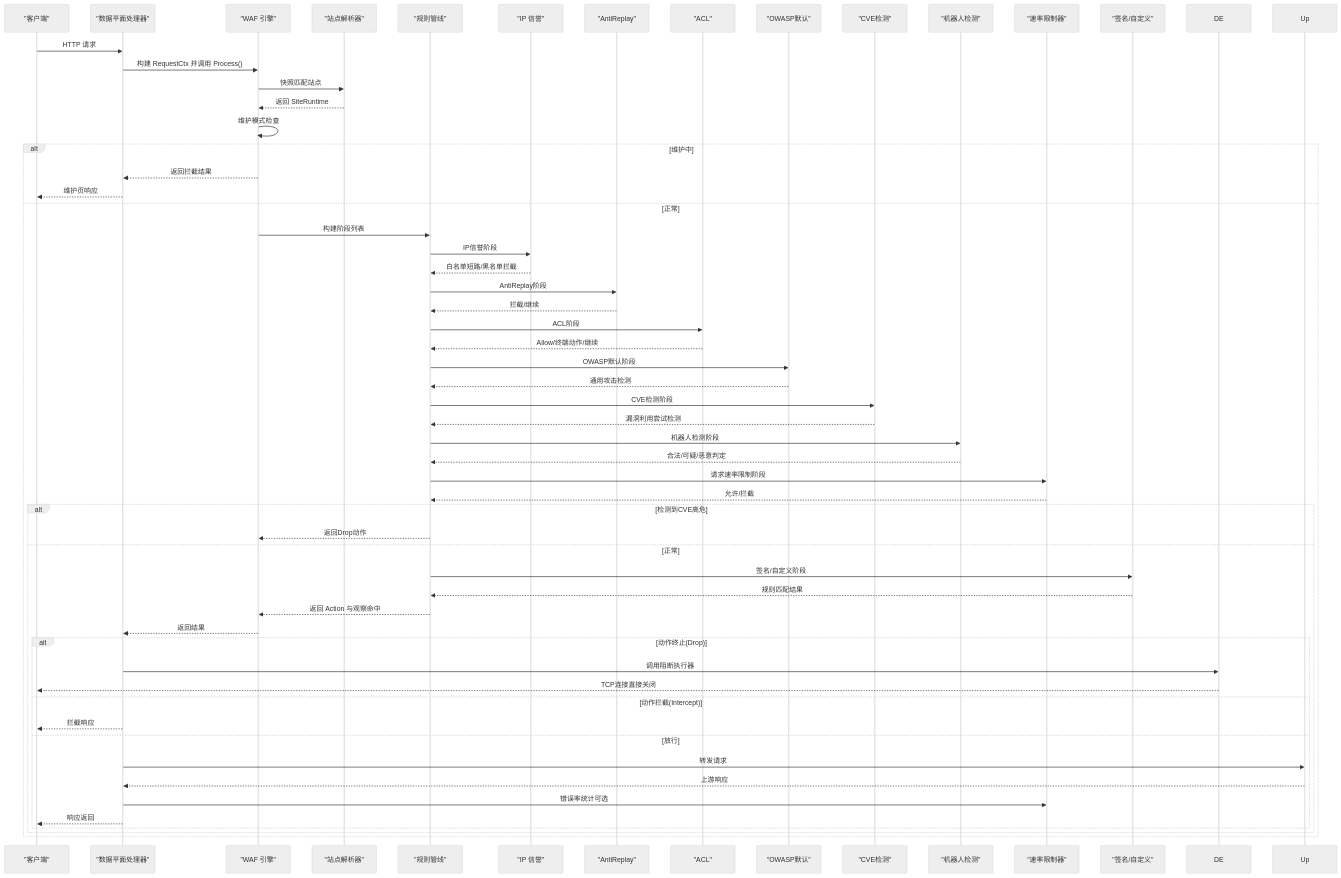
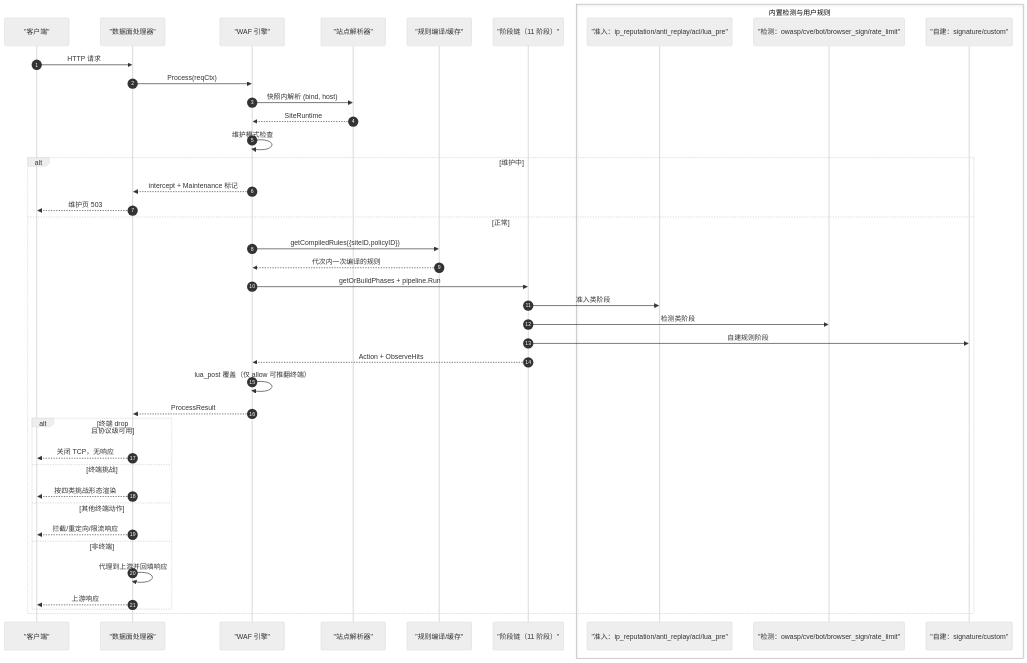
Before and after one commit to x01n/My-OpenWaf: the second of 6 diagrams in docs/WAF 引擎系统/WAF 引擎系统.md, drawn with Mermaid (neutral theme). The commit also changed other lines of this file and 622 other files, not shown here.

````diff
--- a/docs/WAF 引擎系统/WAF 引擎系统.md
+++ b/docs/WAF 引擎系统/WAF 引擎系统.md
@@ -184,60 +152,44 @@
 ```mermaid
 sequenceDiagram
-participant Client as "客户端"
-participant DP as "数据平面处理器"
-participant Eng as "WAF 引擎"
-participant Res as "站点解析器"
-participant Pipe as "规则管线"
-participant IR as "IP 信誉"
-participant AR as "AntiReplay"
-participant ACL as "ACL"
-participant OWASP as "OWASP默认"
-participant CVE as "CVE检测"
-participant Bot as "机器人检测"
-participant RL as "速率限制器"
-participant Sig as "签名/自定义"
-Client->>DP : HTTP 请求
-DP->>Eng : 构建 RequestCtx 并调用 Process()
-Eng->>Res : 快照匹配站点
-Res-->>Eng : 返回 SiteRuntime
-Eng->>Eng : 维护模式检查
-alt 维护中
-Eng-->>DP : 返回拦截结果
-DP-->>Client : 维护页响应
-else 正常
-Eng->>Pipe : 构建阶段列表
-Pipe->>IR : IP信誉阶段
-IR-->>Pipe : 白名单短路/黑名单拦截
-Pipe->>AR : AntiReplay阶段
-AR-->>Pipe : 拦截/继续
-Pipe->>ACL : ACL阶段
-ACL-->>Pipe : Allow/终端动作/继续
-Pipe->>OWASP : OWASP默认阶段
-OWASP-->>Pipe : 通用攻击检测
-Pipe->>CVE : CVE检测阶段
-CVE-->>Pipe : 漏洞利用尝试检测
-Pipe->>Bot : 机器人检测阶段
-Bot-->>Pipe : 合法/可疑/恶意判定
-Pipe->>RL : 请求速率限制阶段
-RL-->>Pipe : 允许/拦截
-alt 检测到CVE高危
-Pipe-->>Eng : 返回Drop动作
-else 正常
-Pipe->>Sig : 签名/自定义阶段
-Sig-->>Pipe : 规则匹配结果
-Pipe-->>Eng : 返回 Action 与观察命中
-Eng-->>DP : 返回结果
-alt 动作终止(Drop)
-DP->>DE : 调用阻断执行器
-DE-->>Client : TCP连接直接关闭
-else 动作拦截(Intercept)
-DP-->>Client : 拦截响应
-else 放行
-DP->>Up : 转发请求
-Up-->>DP : 上游响应
-DP->>RL : 错误率统计可选
-DP-->>Client : 响应返回
-end
-end
-end
+  autonumber
+  participant CL as "客户端"
+  participant DP as "数据面处理器"
+  participant EN as "WAF 引擎"
+  participant RS as "站点解析器"
+  participant PC as "规则编译/缓存"
+  participant PL as "阶段链（11 阶段）"
+  box 内置检测与用户规则
+    participant AC as "准入：ip_reputation/anti_replay/acl/lua_pre"
+    participant DE as "检测：owasp/cve/bot/browser_sign/rate_limit"
+    participant US as "自建：signature/custom"
+  end
+  CL->>DP: HTTP 请求
+  DP->>EN: Process(reqCtx)
+  EN->>RS: 快照内解析 (bind, host)
+  RS-->>EN: SiteRuntime
+  EN->>EN: 维护模式检查
+  alt 维护中
+    EN-->>DP: intercept + Maintenance 标记
+    DP-->>CL: 维护页 503
+  else 正常
+    EN->>PC: getCompiledRules({siteID,policyID})
+    PC-->>EN: 代次内一次编译的规则
+    EN->>PL: getOrBuildPhases + pipeline.Run
+    PL->>AC: 准入类阶段
+    PL->>DE: 检测类阶段
+    PL->>US: 自建规则阶段
+    PL-->>EN: Action + ObserveHits
+    EN->>EN: lua_post 覆盖（仅 allow 可推翻终端）
+    EN-->>DP: ProcessResult
+    alt 终端 drop 且协议级可用
+      DP-->>CL: 关闭 TCP，无响应
+    else 终端挑战
+      DP-->>CL: 按四类挑战形态渲染
+    else 其他终端动作
+      DP-->>CL: 拦截/重定向/限流响应
+    else 非终端
+      DP->>DP: 代理到上游并回填响应
+      DP-->>CL: 上游响应
+    end
+  end
 ```
````
